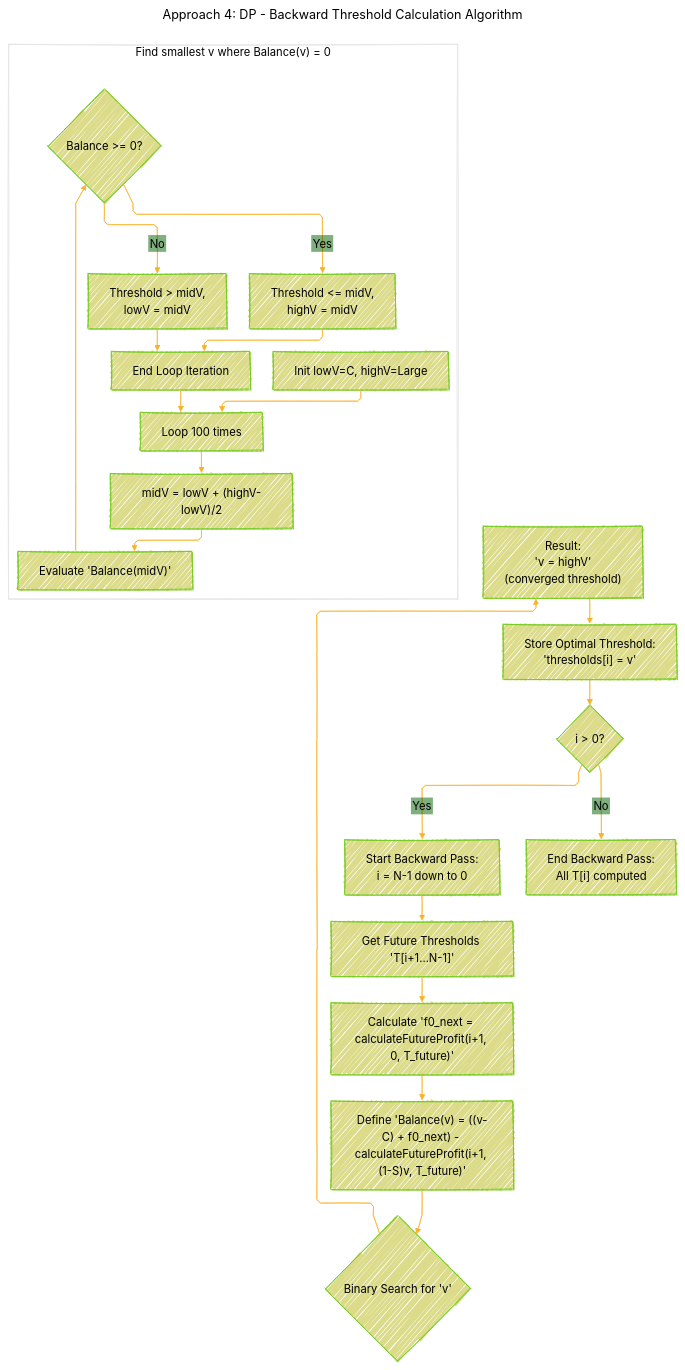
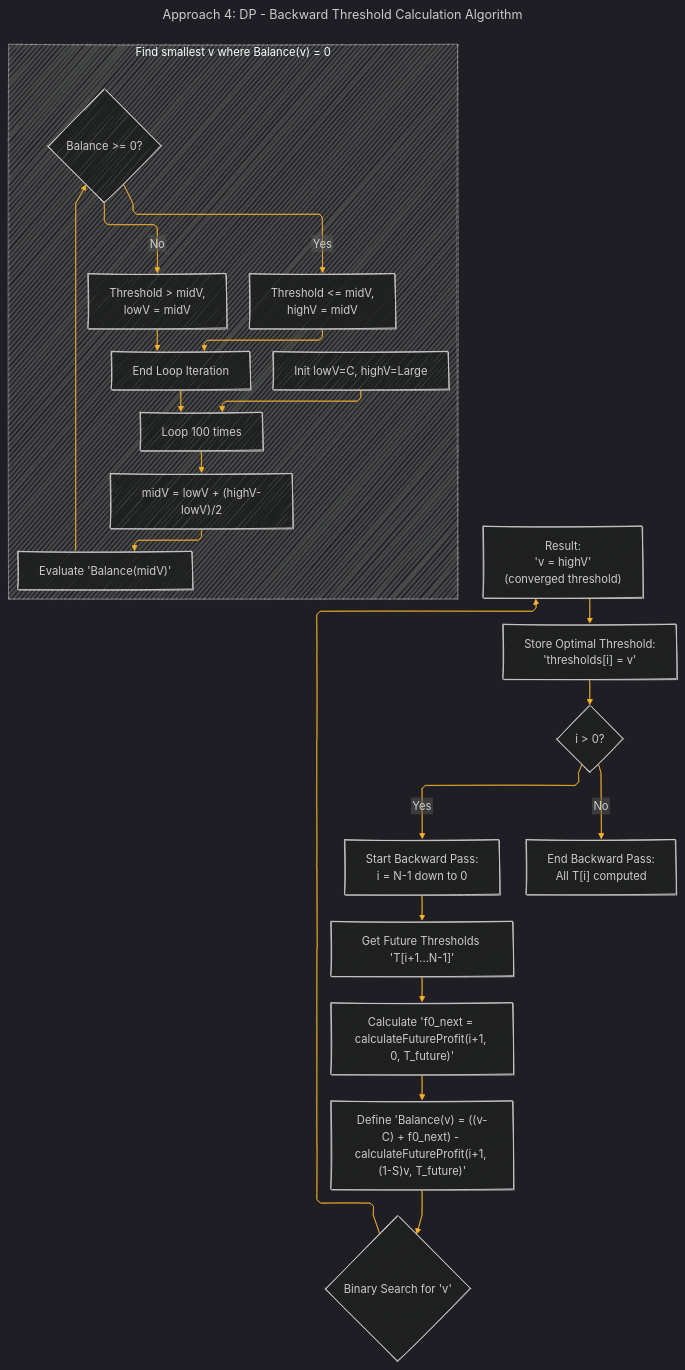
The third of 5 diagrams in META_CODING_PUZZLES/Missing_Mail/The_Journey_Recap_in_Mermaid.md (CongLeSolutionX/AlgoVerse), drawn with Mermaid before and after one commit. The commit also changed other lines of this file and 1 other file, not shown here.

````diff
--- a/META_CODING_PUZZLES/Missing_Mail/The_Journey_Recap_in_Mermaid.md
+++ b/META_CODING_PUZZLES/Missing_Mail/The_Journey_Recap_in_Mermaid.md
@@ -134,50 +134,50 @@
 ```mermaid
 ---
 title: "Approach 4: DP - Backward Threshold Calculation Algorithm"
 config:
   layout: elk
   look: handDrawn
-  theme: base
+  theme: dark
 ---
 %%%%%%%% Mermaid version v11.4.1-b.14
 %%%%%%%% Available curve styles include the following keywords:
 %% basis, bumpX, bumpY, cardinal, catmullRom, linear, monotoneX, monotoneY, natural, step, stepAfter, stepBefore.
 %%{
   init: {
     'flowchart': { 'htmlLabels': false, 'curve': 'linear' },
     'fontFamily': 'Monospace',
     'themeVariables': {
       'primaryColor': '#BB28',
       'primaryTextColor': '#000',
       'primaryBorderColor': '#7c2',
       'lineColor': '#F8B229',
       'secondaryColor': '#006100',
       'tertiaryColor': '#fff'
     }
   }
 }%%
 flowchart TD
     A["Start Backward Pass:<br/>i = N-1 down to 0"] --> B["Get Future Thresholds 'T[i+1...N-1]'"]
     B --> C["Calculate 'f0_next = calculateFutureProfit(i+1, 0, T_future)'"]
     C --> D["Define 'Balance(v) = ((v-C) + f0_next) - calculateFutureProfit(i+1, (1-S)v, T_future)'"]
     D --> E{"Binary Search for 'v'"}
         subgraph BinarySearch["Find smallest v where Balance(v) >= 0"]
             direction TB
             E1["Init lowV=C, highV=Large"] --> E2["Loop 100 times"]
             E2 --> E3["midV = lowV + (highV-lowV)/2"]
             E3 --> E4["Evaluate 'Balance(midV)'"]
             E4 --> E5{"Balance >= 0?"}
             E5 -- Yes --> E6["Threshold <= midV,<br/> highV = midV"]
             E5 -- No --> E7["Threshold > midV,<br/> lowV = midV"]
             E6 --> E8["End Loop Iteration"]
             E7 --> E8
             E8 --> E2
         end
         
     E --> F["Result:<br/> 'v = highV'<br/>(converged threshold)"]
     F --> G["Store Optimal Threshold:<br/> 'thresholds[i] = v'"]
     G --> H{"i > 0?"}
     H -- Yes --> A
     H -- No --> I["End Backward Pass:<br/> All T[i] computed"]
     
 ```
````
